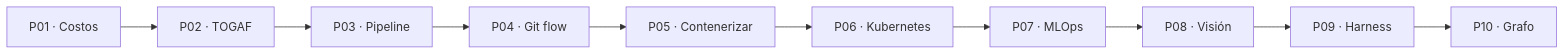
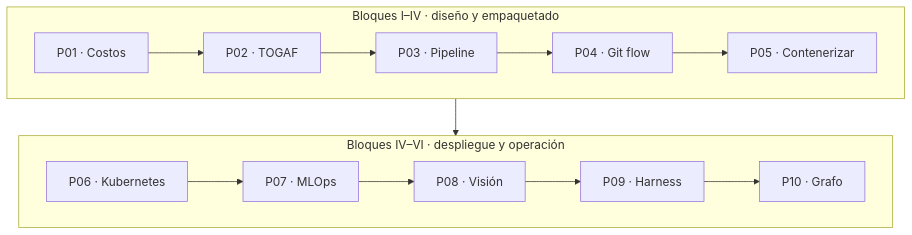
The second of 2 diagrams in docs/ruta.md (danielxxi/cloud-and-IA-para-todos), drawn with Mermaid before and after one commit. The commit also changed other lines of this file and 5 other files, not shown here.

First line of the commit message:
fix(diagramas): hacer legibles los diagramas anchos

````diff
--- a/docs/ruta.md
+++ b/docs/ruta.md
@@ -68,12 +68,14 @@
 ```mermaid
-flowchart LR
-    P01["P01 · Costos"] --> P02["P02 · TOGAF"]
-    P02 --> P03["P03 · Pipeline"]
-    P03 --> P04["P04 · Git flow"]
-    P04 --> P05["P05 · Contenerizar"]
-    P05 --> P06["P06 · Kubernetes"]
-    P06 --> P07["P07 · MLOps"]
-    P07 --> P08["P08 · Visión"]
-    P08 --> P09["P09 · Harness"]
-    P09 --> P10["P10 · Grafo"]
+flowchart TB
+    subgraph FILA1["Bloques I–IV · diseño y empaquetado"]
+        direction LR
+        P01["P01 · Costos"] --> P02["P02 · TOGAF"] --> P03["P03 · Pipeline"]
+        P03 --> P04["P04 · Git flow"] --> P05["P05 · Contenerizar"]
+    end
+    subgraph FILA2["Bloques IV–VI · despliegue y operación"]
+        direction LR
+        P06["P06 · Kubernetes"] --> P07["P07 · MLOps"] --> P08["P08 · Visión"]
+        P08 --> P09["P09 · Harness"] --> P10["P10 · Grafo"]
+    end
+    FILA1 --> FILA2
 ```
````
